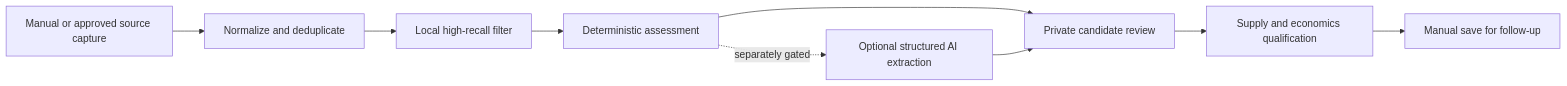
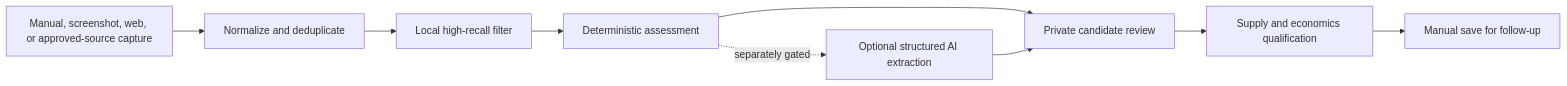
One commit to DPLCoding/MarginScout changed the second of 3 diagrams in docs/ARCHITECTURE.md. Above: the diagram before and after it, drawn with Mermaid. The commit also changed other lines of this file and 3 other files, not shown here.

````diff
--- a/docs/ARCHITECTURE.md
+++ b/docs/ARCHITECTURE.md
@@ -40,17 +40,17 @@
 ```mermaid
 flowchart LR
-    Capture[Manual or approved source capture]
+    Capture[Manual, screenshot, web, or approved-source capture]
     Normalize[Normalize and deduplicate]
     Filter[Local high-recall filter]
     Assess[Deterministic assessment]
     OptionalAI[Optional structured AI extraction]
     Review[Private candidate review]
     Qualify[Supply and economics qualification]
     Save[Manual save for follow-up]
 
     Capture --> Normalize --> Filter --> Assess
     Assess -. separately gated .-> OptionalAI
     Assess --> Review
     OptionalAI --> Review
     Review --> Qualify --> Save
 ```
````
